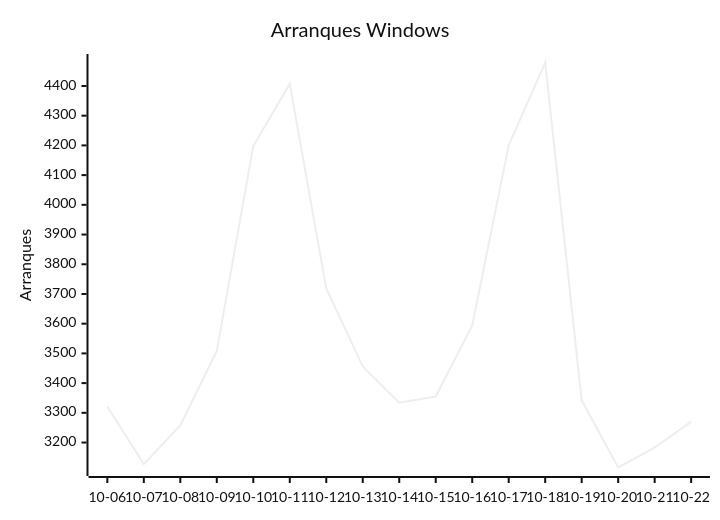
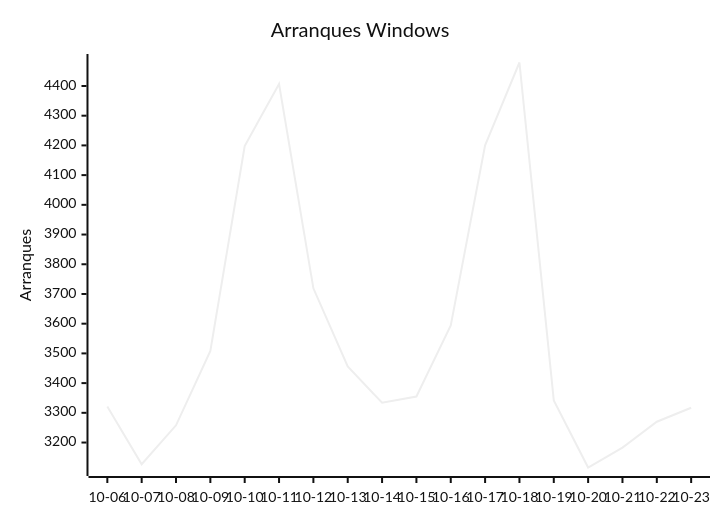
Before and after one commit to EmuDeck/stats: the third of 9 diagrams in README.md, drawn with Mermaid (neutral theme). The commit also changed other lines of this file and 2 other files, not shown here.

````diff
--- a/README.md
+++ b/README.md
@@ -34,7 +34,7 @@
 ```mermaid
 xychart-beta
     title "Arranques Windows"
-    x-axis ["10-06", "10-07", "10-08", "10-09", "10-10", "10-11", "10-12", "10-13", "10-14", "10-15", "10-16", "10-17", "10-18", "10-19", "10-20", "10-21", "10-22"]
+    x-axis ["10-06", "10-07", "10-08", "10-09", "10-10", "10-11", "10-12", "10-13", "10-14", "10-15", "10-16", "10-17", "10-18", "10-19", "10-20", "10-21", "10-22", "10-23"]
     y-axis "Arranques"
-    line [3321, 3127, 3258, 3508, 4198, 4407, 3719, 3456, 3334, 3355, 3594, 4200, 4479, 3342, 3116, 3183, 3270]
+    line [3321, 3127, 3258, 3508, 4198, 4407, 3719, 3456, 3334, 3355, 3594, 4200, 4479, 3342, 3116, 3183, 3270, 3317]
 ```
````
